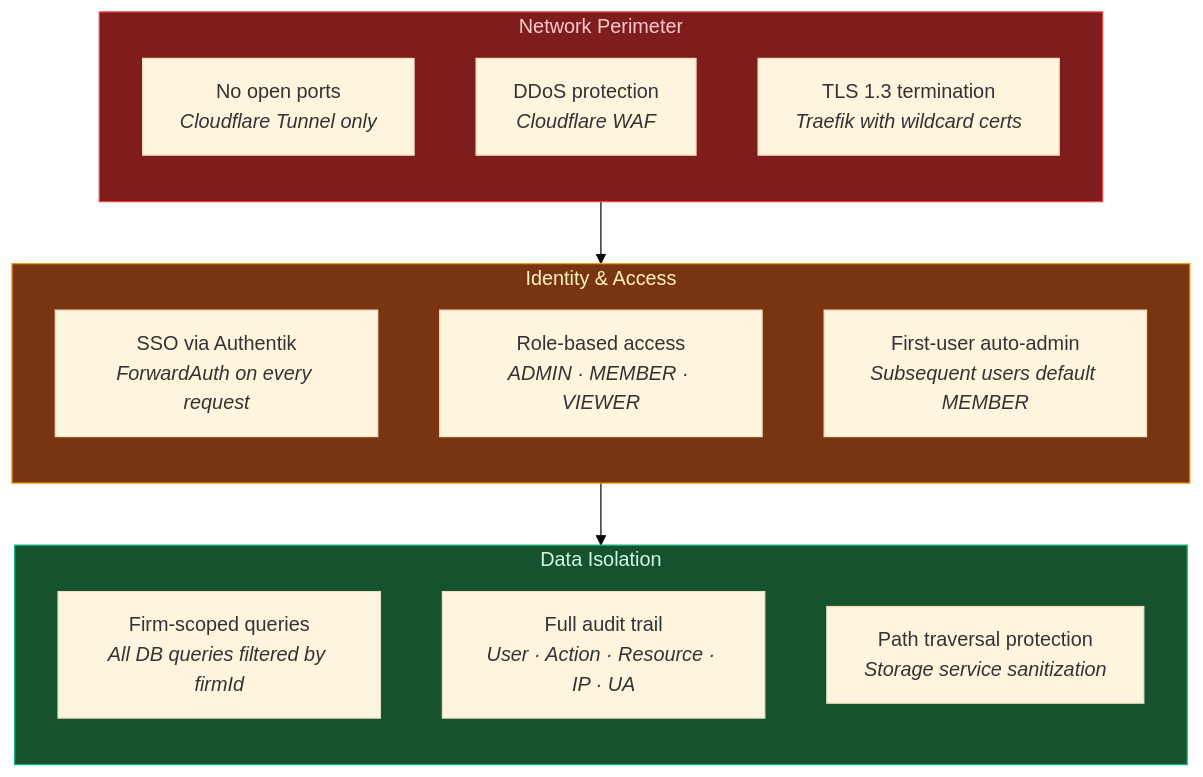
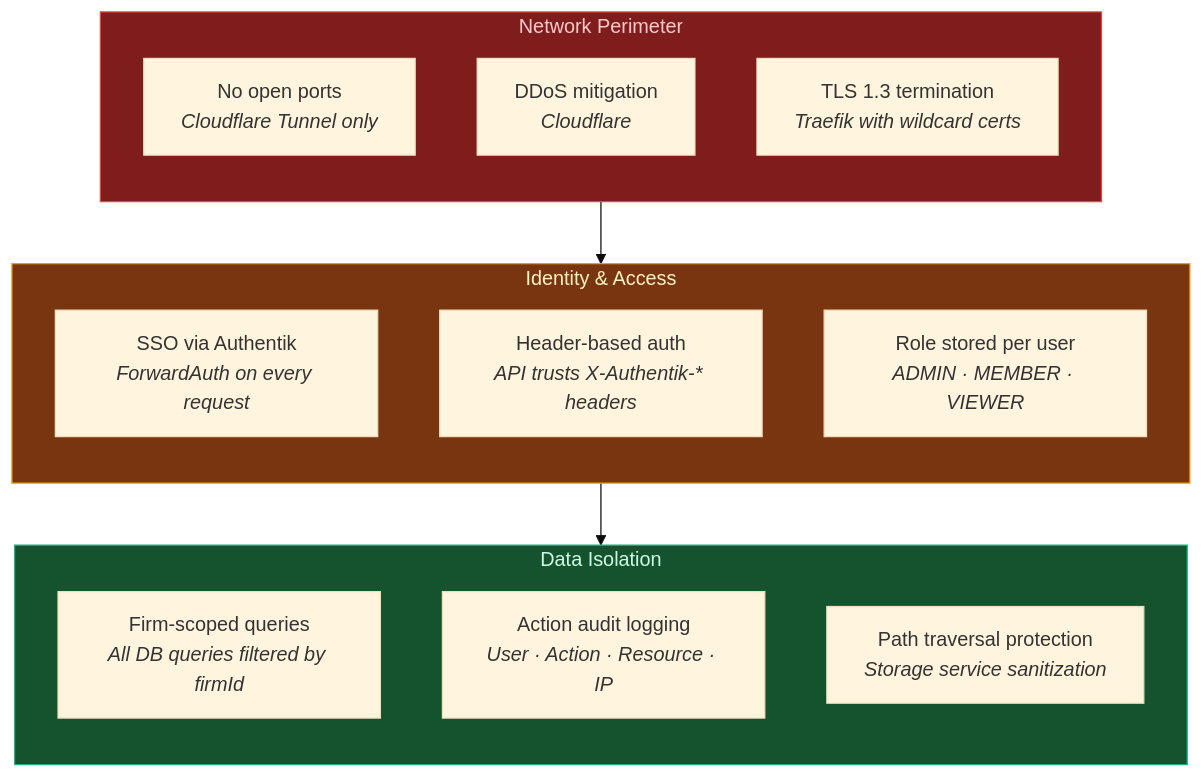
Before and after one commit to EolaFam1828/AetherLegalIntelligence: the ninth of 11 diagrams in ARCHITECTURE.md, drawn with Mermaid (base theme). The commit also changed other lines of this file and 7 other files, not shown here.

First line of the commit message:
Honesty audit: remove overclaims, add limitations and roadmap

````diff
--- a/ARCHITECTURE.md
+++ b/ARCHITECTURE.md
@@ -446,29 +460,29 @@
 ```mermaid
 flowchart TB
     subgraph PERIMETER["Network Perimeter"]
         direction TB
         A["No open ports<br/><i>Cloudflare Tunnel only</i>"]
-        B["DDoS protection<br/><i>Cloudflare WAF</i>"]
+        B["DDoS mitigation<br/><i>Cloudflare</i>"]
         C["TLS 1.3 termination<br/><i>Traefik with wildcard certs</i>"]
     end
 
     subgraph IDENTITY["Identity & Access"]
         direction TB
         D["SSO via Authentik<br/><i>ForwardAuth on every request</i>"]
-        E["Role-based access<br/><i>ADMIN · MEMBER · VIEWER</i>"]
-        F["First-user auto-admin<br/><i>Subsequent users default MEMBER</i>"]
+        E["Header-based auth<br/><i>API trusts X-Authentik-* headers</i>"]
+        F["Role stored per user<br/><i>ADMIN · MEMBER · VIEWER</i>"]
     end
 
     subgraph DATA_SEC["Data Isolation"]
         direction TB
         G["Firm-scoped queries<br/><i>All DB queries filtered by firmId</i>"]
-        H["Full audit trail<br/><i>User · Action · Resource · IP · UA</i>"]
+        H["Action audit logging<br/><i>User · Action · Resource · IP</i>"]
         I["Path traversal protection<br/><i>Storage service sanitization</i>"]
     end
 
     PERIMETER --> IDENTITY --> DATA_SEC
 
     style PERIMETER fill:#7f1d1d,stroke:#ef4444,color:#fecaca
     style IDENTITY fill:#78350f,stroke:#f59e0b,color:#fef3c7
     style DATA_SEC fill:#14532d,stroke:#10b981,color:#d1fae5
 ```
````
